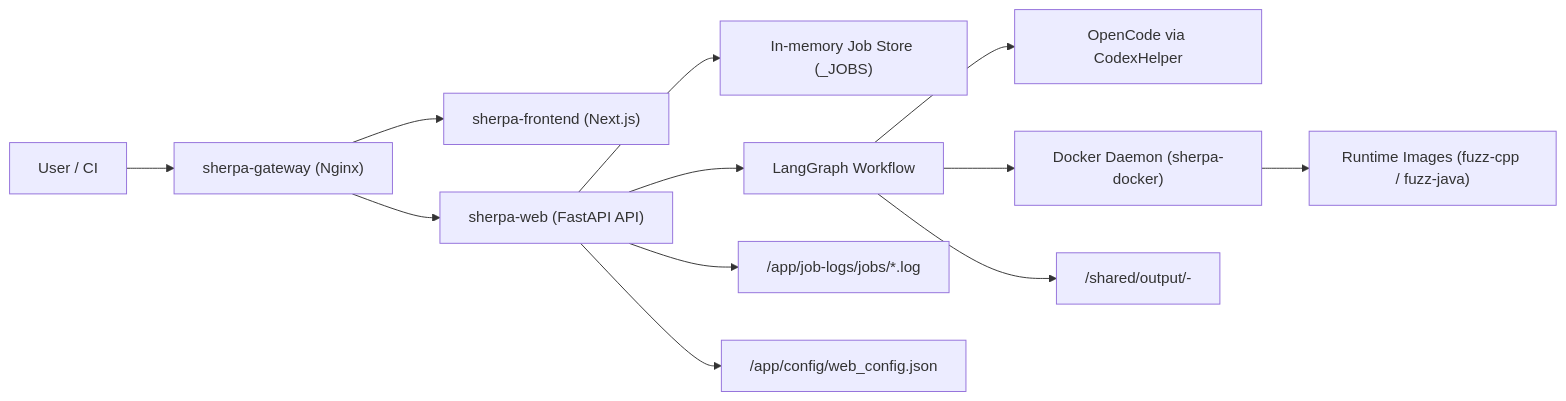
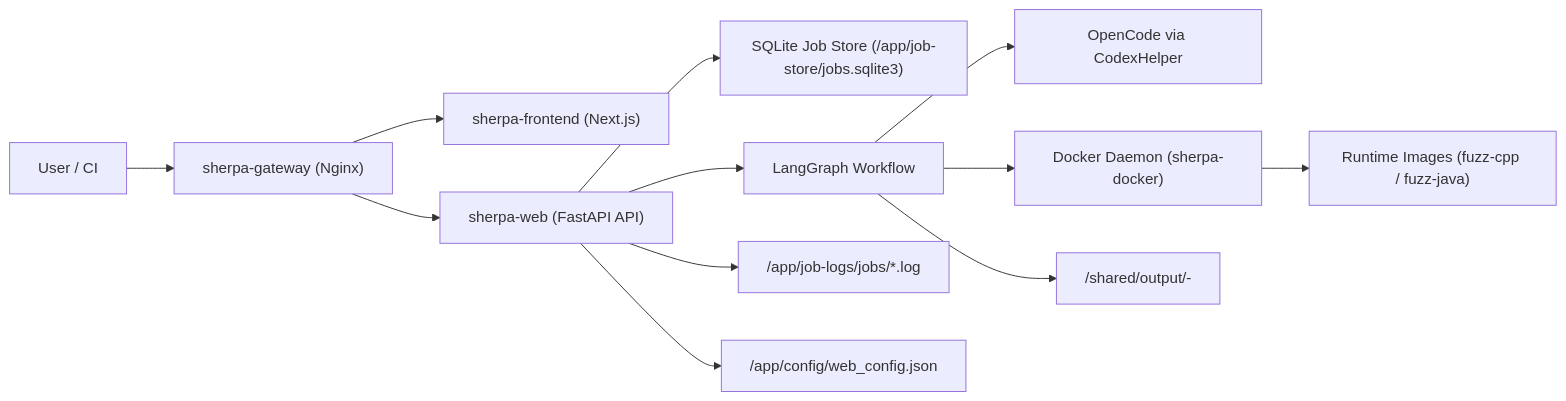
Before and after one commit to ZUENS2020/Sherpa: the first of 12 diagrams in README.md, drawn with Mermaid. The commit also changed other lines of this file and 8 other files, not shown here.

````diff
--- a/README.md
+++ b/README.md
@@ -21,14 +21,14 @@
 ```mermaid
 flowchart LR
   U["User / CI"] --> GW["sherpa-gateway (Nginx)"]
   GW --> FE["sherpa-frontend (Next.js)"]
   GW --> WEB["sherpa-web (FastAPI API)"]
-  WEB --> JOB["In-memory Job Store (_JOBS)"]
+  WEB --> JOB["SQLite Job Store (/app/job-store/jobs.sqlite3)"]
   WEB --> WF["LangGraph Workflow"]
   WF --> OC["OpenCode via CodexHelper"]
   WF --> DIND["Docker Daemon (sherpa-docker)"]
   DIND --> IMG["Runtime Images (fuzz-cpp / fuzz-java)"]
   WF --> OUT["/shared/output/<repo>-<id>"]
   WEB --> LOG["/app/job-logs/jobs/*.log"]
   WEB --> CFG["/app/config/web_config.json"]
 ```
````
